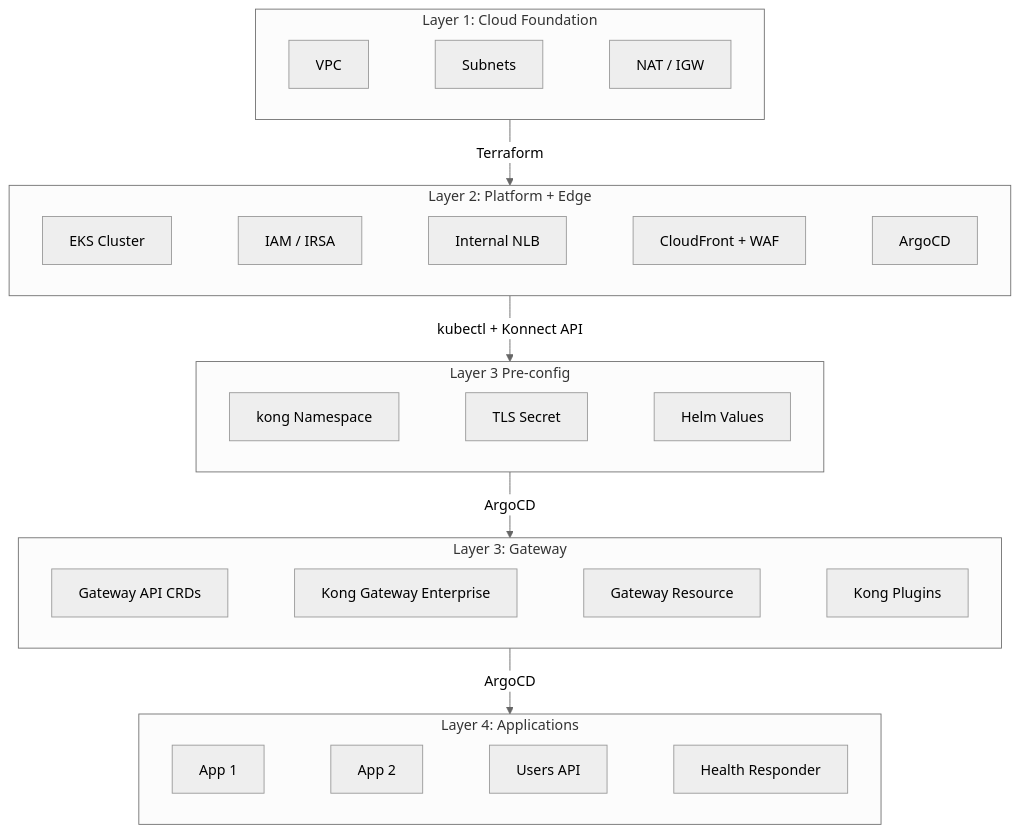
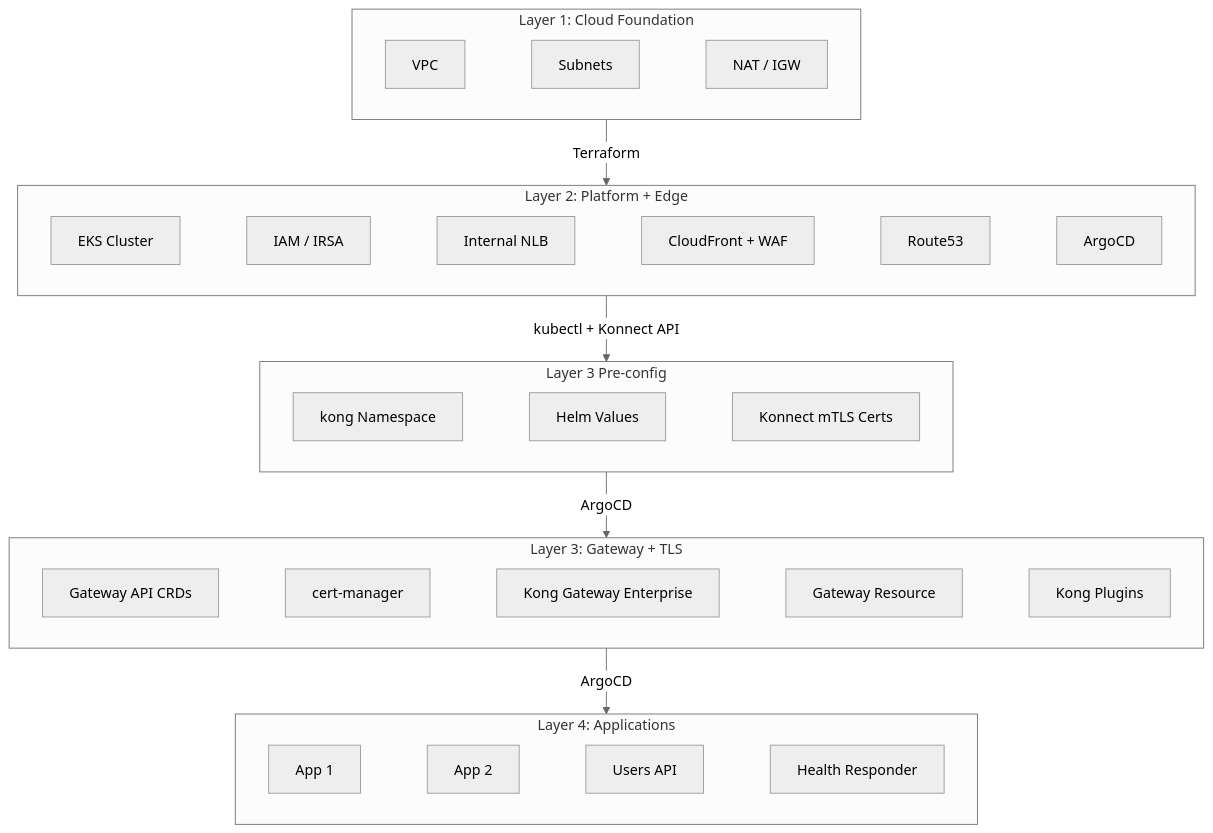
The fifth of 12 diagrams in README.md (shanaka-versent/Kong-Gateway-on-EKS), drawn with Mermaid before and after one commit. The commit also changed other lines of this file and 4 other files, not shown here.

First line of the commit message:
docs: Update README for end-to-end TLS with cert-manager and Let's Encrypt

````diff
--- a/README.md
+++ b/README.md
@@ -408,33 +427,33 @@
 ```mermaid
 %%{init: {'theme': 'neutral'}}%%
 flowchart TB
     subgraph L1["Layer 1: Cloud Foundation"]
         direction LR
         VPC["VPC"] ~~~ Subnets["Subnets"] ~~~ NAT["NAT / IGW"]
     end
 
     subgraph L2["Layer 2: Platform + Edge"]
         direction LR
-        EKS["EKS Cluster"] ~~~ IAM["IAM / IRSA"] ~~~ NLB["Internal NLB"] ~~~ CF["CloudFront + WAF"] ~~~ ArgoCD["ArgoCD"]
+        EKS["EKS Cluster"] ~~~ IAM["IAM / IRSA"] ~~~ NLB["Internal NLB"] ~~~ CF["CloudFront + WAF"] ~~~ R53["Route53"] ~~~ ArgoCD["ArgoCD"]
     end
 
     subgraph L3Pre["Layer 3 Pre-config"]
         direction LR
-        NS["kong Namespace"] ~~~ TLS["TLS Secret"] ~~~ HelmVals["Helm Values"]
+        NS["kong Namespace"] ~~~ HelmVals["Helm Values"] ~~~ KonnectCerts["Konnect mTLS Certs"]
     end
 
-    subgraph L3["Layer 3: Gateway"]
+    subgraph L3["Layer 3: Gateway + TLS"]
         direction LR
-        CRDs["Gateway API CRDs"] ~~~ KongGW["Kong Gateway Enterprise"] ~~~ GW["Gateway Resource"] ~~~ KPlugins["Kong Plugins"]
+        CRDs["Gateway API CRDs"] ~~~ CertMgr["cert-manager"] ~~~ KongGW["Kong Gateway Enterprise"] ~~~ GW["Gateway Resource"] ~~~ KPlugins["Kong Plugins"]
     end
 
     subgraph L4["Layer 4: Applications"]
         direction LR
         App1["App 1"] ~~~ App2["App 2"] ~~~ UsersAPI["Users API"] ~~~ HealthResp["Health Responder"]
     end
 
     L1 -->|"Terraform"| L2
     L2 -->|"kubectl + Konnect API"| L3Pre
     L3Pre -->|"ArgoCD"| L3
     L3 -->|"ArgoCD"| L4
 ```
````
